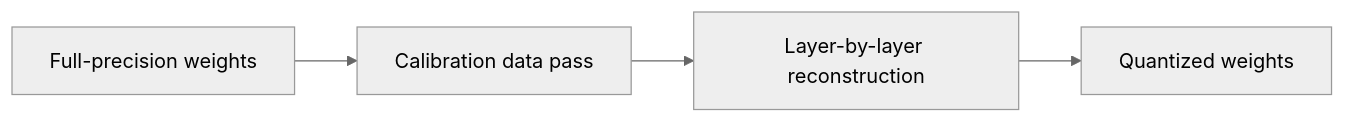
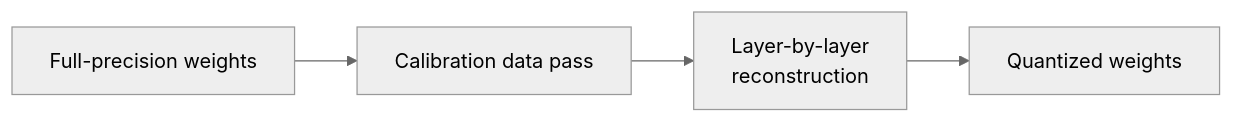
One commit to zirachw/LockedIn changed the first of 4 diagrams in ai-engineering/quantization.md. Above: the diagram before and after it, drawn with Mermaid (neutral theme). The commit also changed other lines of this file, not shown here.

````diff
--- a/ai-engineering/quantization.md
+++ b/ai-engineering/quantization.md
@@ -17,6 +17,6 @@
 ```mermaid
 flowchart LR
     W[Full-precision weights] --> C[Calibration data pass]
-    C --> L[Layer-by-layer reconstruction]
+    C --> L[Layer-by-layer<br/>reconstruction]
     L --> Q[Quantized weights]
 ```
````
